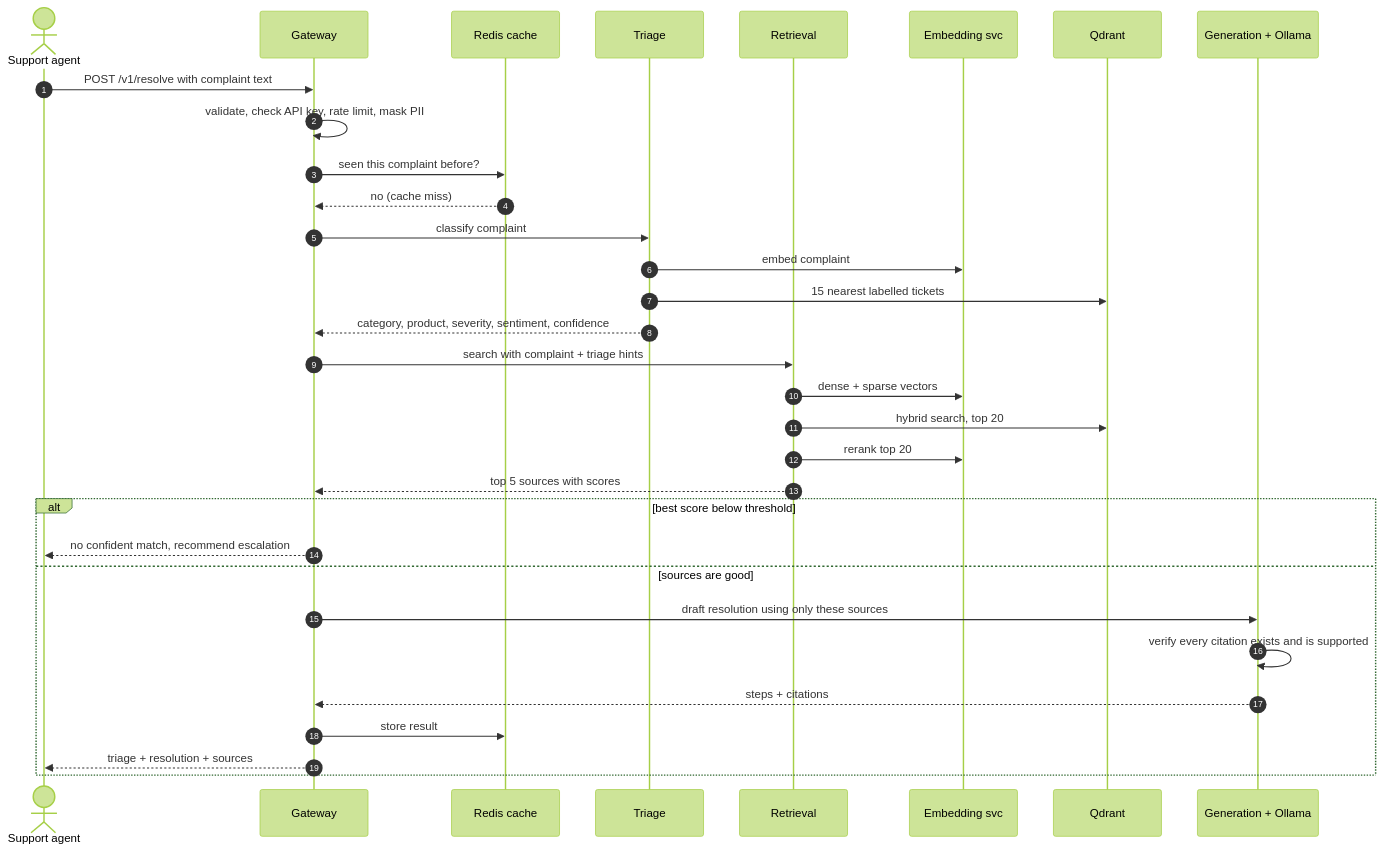
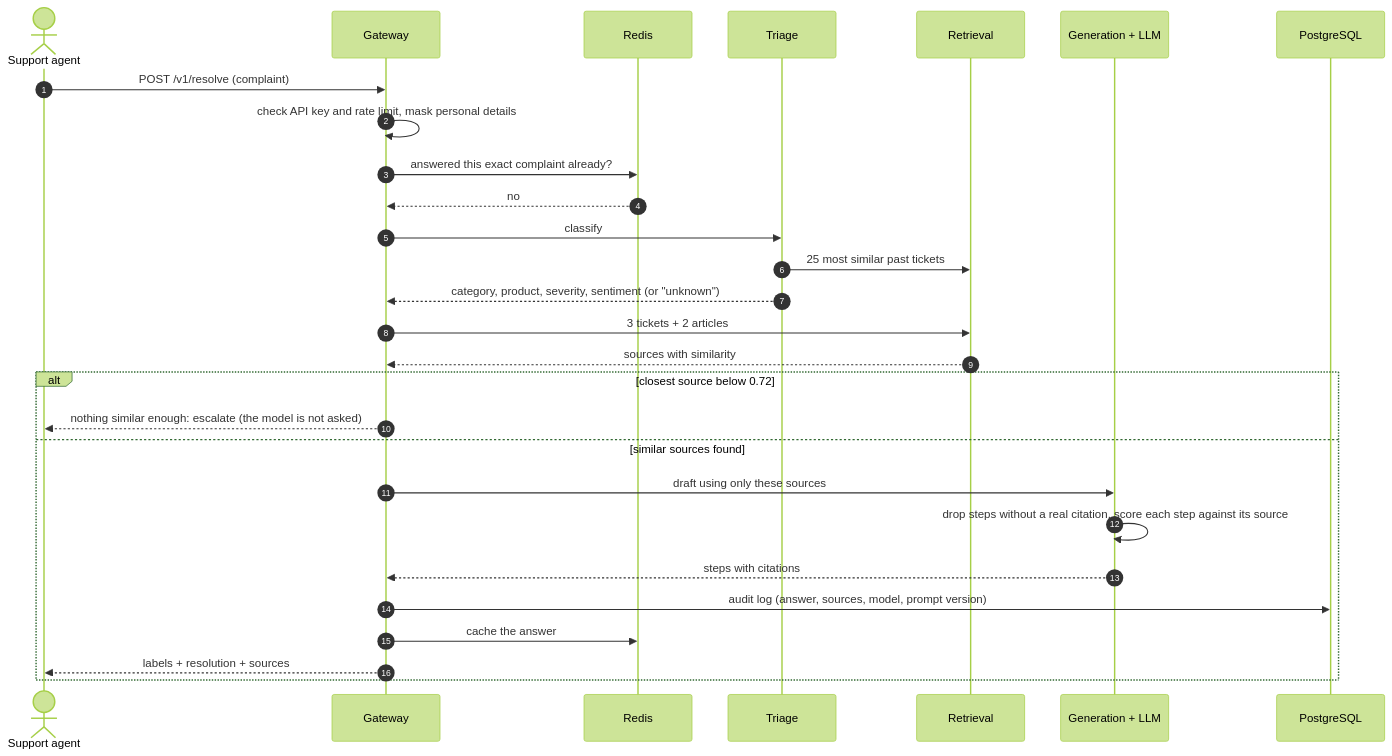
One commit to unnathivinod/ticket-resolution-assistant changed the second of 2 diagrams in docs/ARCHITECTURE.md. Above: the diagram before and after it, drawn with Mermaid (forest theme). The commit also changed other lines of this file and 20 other files, not shown here.

Commit message:
Final documentation, answer-quality eval, match-check experiment

````diff
--- a/docs/ARCHITECTURE.md
+++ b/docs/ARCHITECTURE.md
@@ -137,35 +142,31 @@
 ```mermaid
 sequenceDiagram
     autonumber
     actor A as Support agent
     participant G as Gateway
-    participant C as Redis cache
+    participant C as Redis
     participant T as Triage
     participant R as Retrieval
-    participant E as Embedding svc
-    participant V as Qdrant
-    participant L as Generation + Ollama
+    participant L as Generation + LLM
+    participant P as PostgreSQL
 
-    A->>G: POST /v1/resolve with complaint text
-    G->>G: validate, check API key, rate limit, mask PII
-    G->>C: seen this complaint before?
-    C-->>G: no (cache miss)
-    G->>T: classify complaint
-    T->>E: embed complaint
-    T->>V: 15 nearest labelled tickets
-    T-->>G: category, product, severity, sentiment, confidence
-    G->>R: search with complaint + triage hints
-    R->>E: dense + sparse vectors
-    R->>V: hybrid search, top 20
-    R->>E: rerank top 20
-    R-->>G: top 5 sources with scores
-    alt best score below threshold
-        G-->>A: no confident match, recommend escalation
-    else sources are good
-        G->>L: draft resolution using only these sources
-        L->>L: verify every citation exists and is supported
-        L-->>G: steps + citations
-        G->>C: store result
-        G-->>A: triage + resolution + sources
+    A->>G: POST /v1/resolve (complaint)
+    G->>G: check API key and rate limit, mask personal details
+    G->>C: answered this exact complaint already?
+    C-->>G: no
+    G->>T: classify
+    T->>R: 25 most similar past tickets
+    T-->>G: category, product, severity, sentiment (or "unknown")
+    G->>R: 3 tickets + 2 articles
+    R-->>G: sources with similarity
+    alt closest source below 0.72
+        G-->>A: nothing similar enough: escalate (the model is not asked)
+    else similar sources found
+        G->>L: draft using only these sources
+        L->>L: drop steps without a real citation, score each step against its source
+        L-->>G: steps with citations
+        G->>P: audit log (answer, sources, model, prompt version)
+        G->>C: cache the answer
+        G-->>A: labels + resolution + sources
     end
 ```
````
